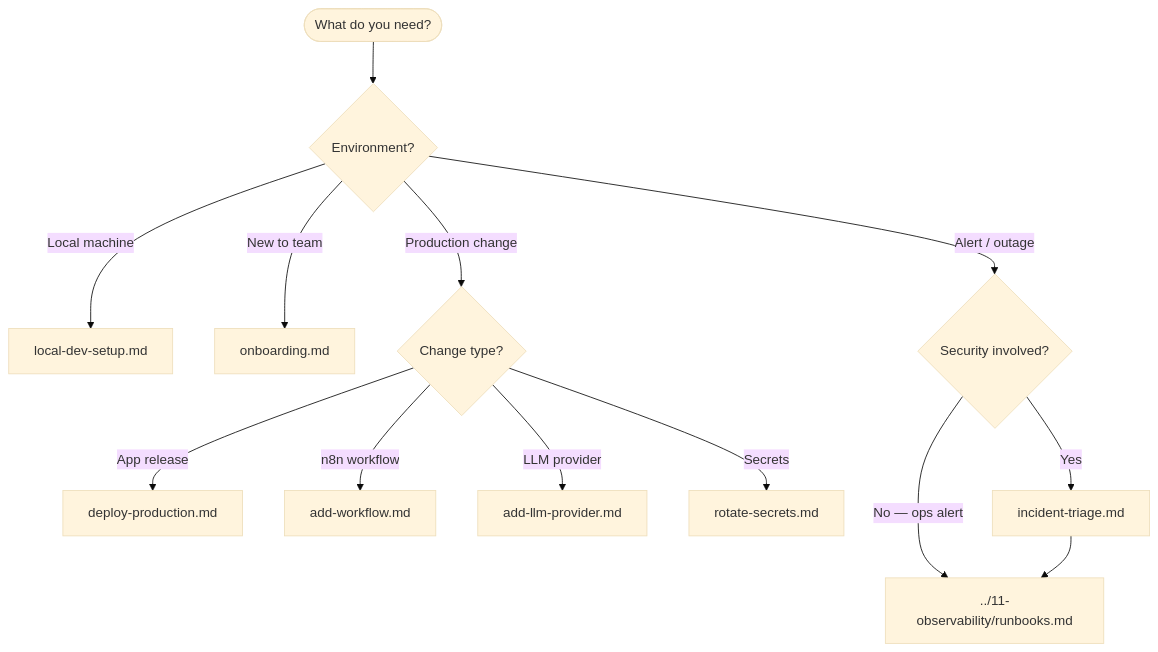
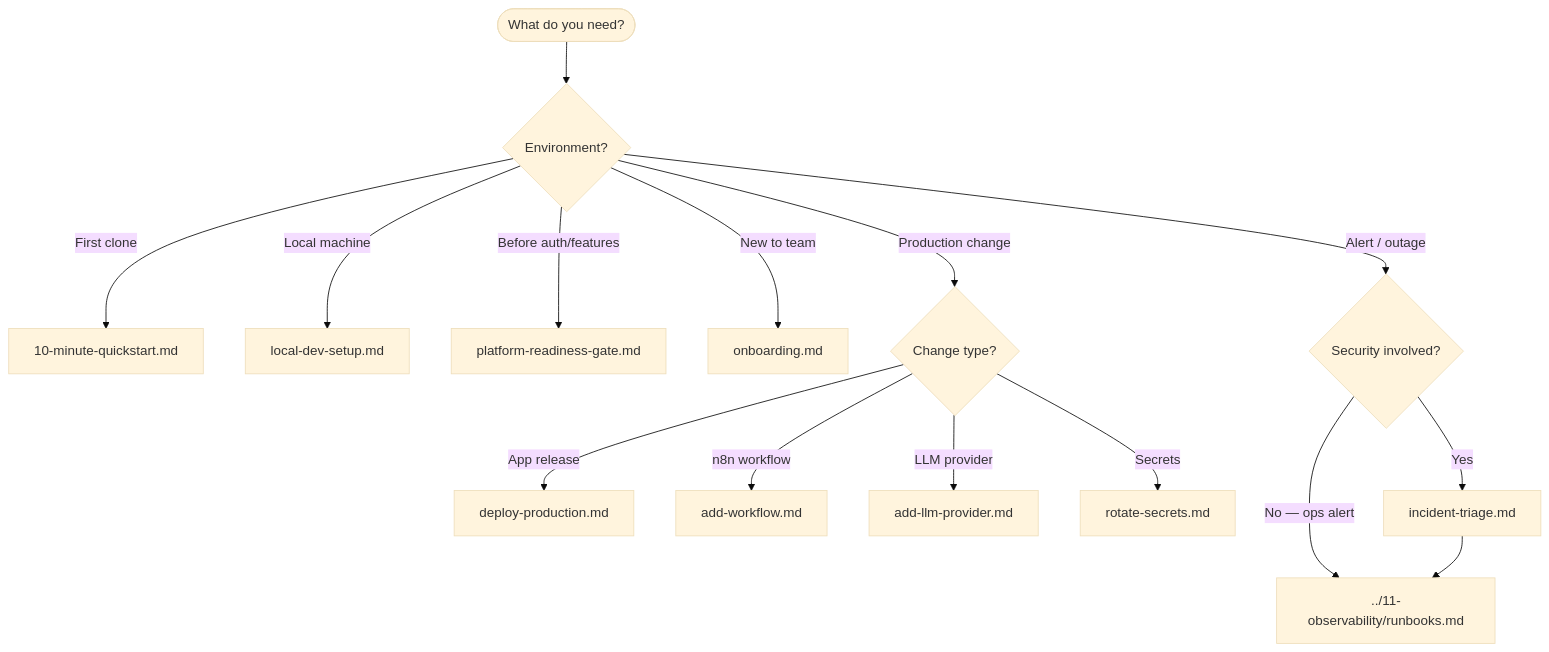
Before and after one commit to abhishekthatguy/luxflow-ai: the diagram in docs/14-playbooks/README.md, drawn with Mermaid (base theme). The commit also changed other lines of this file and 37 other files, not shown here.

````diff
--- a/docs/14-playbooks/README.md
+++ b/docs/14-playbooks/README.md
@@ -57,18 +59,20 @@
 ```mermaid
 flowchart TD
     START([What do you need?]) --> Q1{Environment?}
 
+    Q1 -->|First clone| QUICK[10-minute-quickstart.md]
     Q1 -->|Local machine| LOCAL[local-dev-setup.md]
+    Q1 -->|Before auth/features| GATE[platform-readiness-gate.md]
     Q1 -->|New to team| ONBOARD[onboarding.md]
     Q1 -->|Production change| Q2{Change type?}
 
     Q2 -->|App release| DEPLOY[deploy-production.md]
     Q2 -->|n8n workflow| WF[add-workflow.md]
     Q2 -->|LLM provider| LLM[add-llm-provider.md]
     Q2 -->|Secrets| ROTATE[rotate-secrets.md]
 
     Q1 -->|Alert / outage| Q3{Security involved?}
     Q3 -->|Yes| TRIAGE[incident-triage.md]
     Q3 -->|No — ops alert| RUNBOOKS[../11-observability/runbooks.md]
     TRIAGE --> RUNBOOKS
 ```
````
